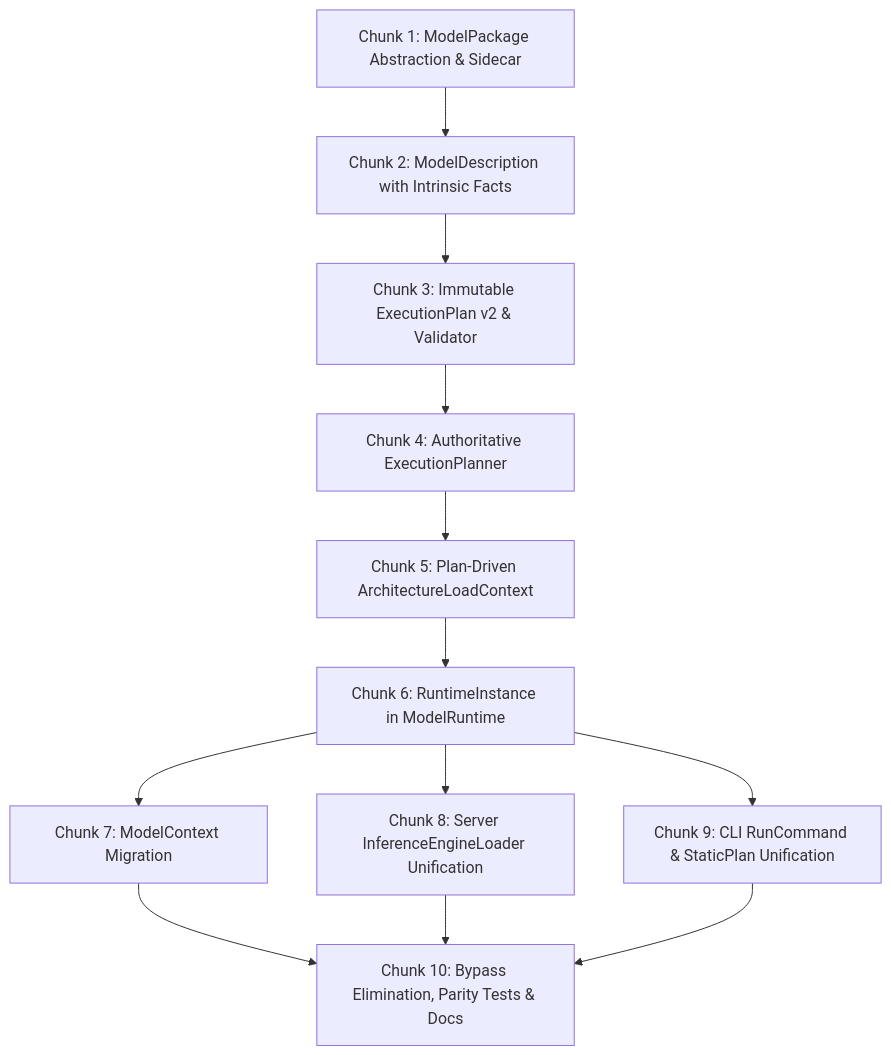
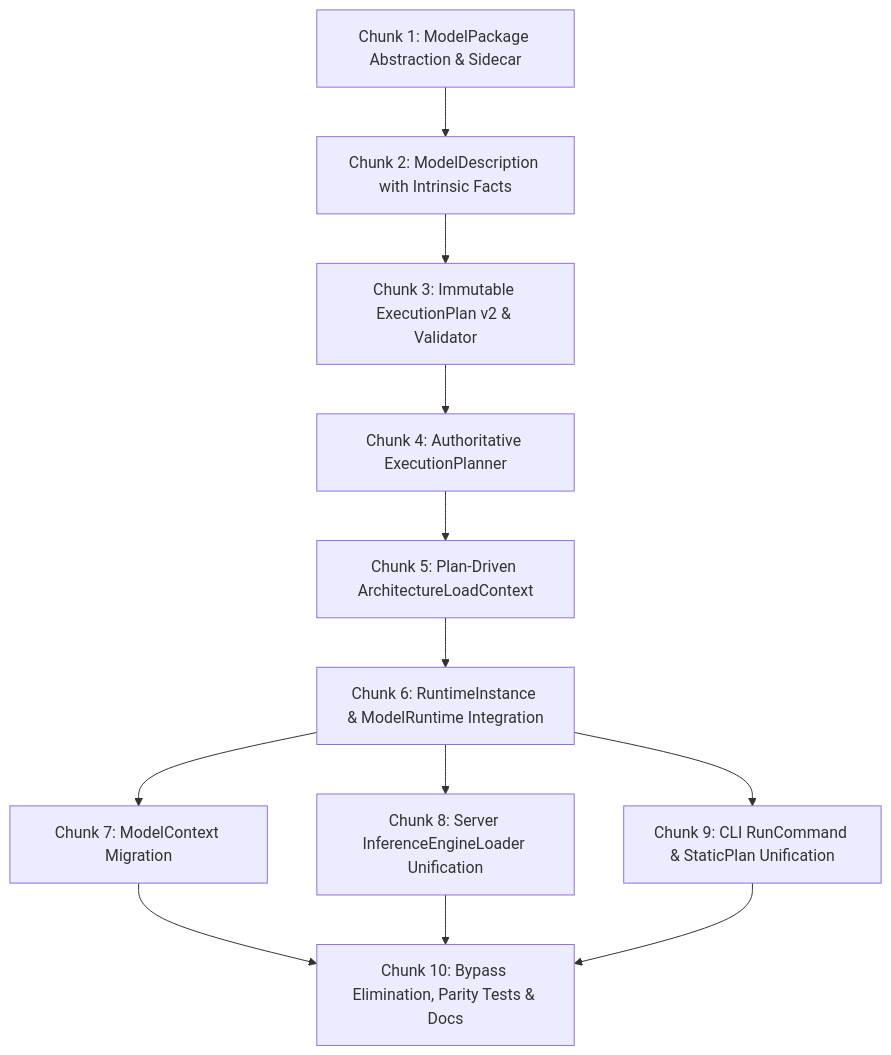
One commit to opentail-net/OpenTail.Stingray changed the diagram in docs/3-product-and-runtime/2026-10-06-execution-plan-runtime-architecture-plan.md. Above: the diagram before and after it, drawn with Mermaid. The commit also changed other lines of this file, not shown here.

Commit message:
Lock final amendments for ModelRuntime ownership and provisional identity

````diff
--- a/docs/3-product-and-runtime/2026-10-06-execution-plan-runtime-architecture-plan.md
+++ b/docs/3-product-and-runtime/2026-10-06-execution-plan-runtime-architecture-plan.md
@@ -136,14 +147,14 @@
 ```mermaid
 graph TD
     C1[Chunk 1: ModelPackage Abstraction & Sidecar] --> C2[Chunk 2: ModelDescription with Intrinsic Facts]
     C2 --> C3[Chunk 3: Immutable ExecutionPlan v2 & Validator]
     C3 --> C4[Chunk 4: Authoritative ExecutionPlanner]
     C4 --> C5[Chunk 5: Plan-Driven ArchitectureLoadContext]
-    C5 --> C6[Chunk 6: RuntimeInstance in ModelRuntime]
+    C5 --> C6[Chunk 6: RuntimeInstance & ModelRuntime Integration]
     C6 --> C7[Chunk 7: ModelContext Migration]
     C6 --> C8[Chunk 8: Server InferenceEngineLoader Unification]
     C6 --> C9[Chunk 9: CLI RunCommand & StaticPlan Unification]
     C7 --> C10[Chunk 10: Bypass Elimination, Parity Tests & Docs]
     C8 --> C10
     C9 --> C10
 ```
````
